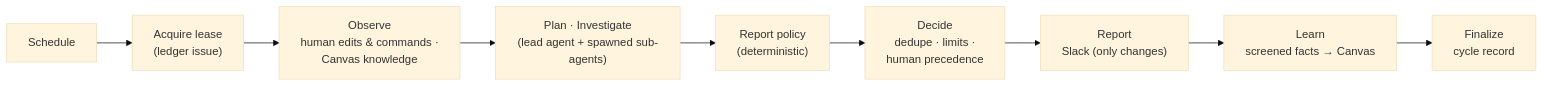
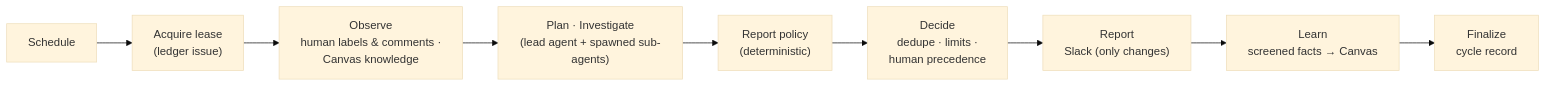
One commit to reilidev/reili changed the diagram in docs/autonomy.md. Above: the diagram before and after it, drawn with Mermaid (base theme). The commit also changed other lines of this file and 18 other files, not shown here.

````diff
--- a/docs/autonomy.md
+++ b/docs/autonomy.md
@@ -105,11 +105,11 @@
 ```mermaid
 flowchart LR
     T["Schedule"] --> L["Acquire lease<br/>(ledger issue)"]
-    L --> O["Observe<br/>human edits & commands ·<br/>Canvas knowledge"]
+    L --> O["Observe<br/>human labels & comments ·<br/>Canvas knowledge"]
     O --> I["Plan · Investigate<br/>(lead agent + spawned sub-agents)"]
     I --> G["Report policy<br/>(deterministic)"]
     G --> D["Decide<br/>dedupe · limits ·<br/>human precedence"]
     D --> R["Report<br/>Slack (only changes)"]
     R --> K["Learn<br/>screened facts → Canvas"]
     K --> F["Finalize<br/>cycle record"]
 ```
````
